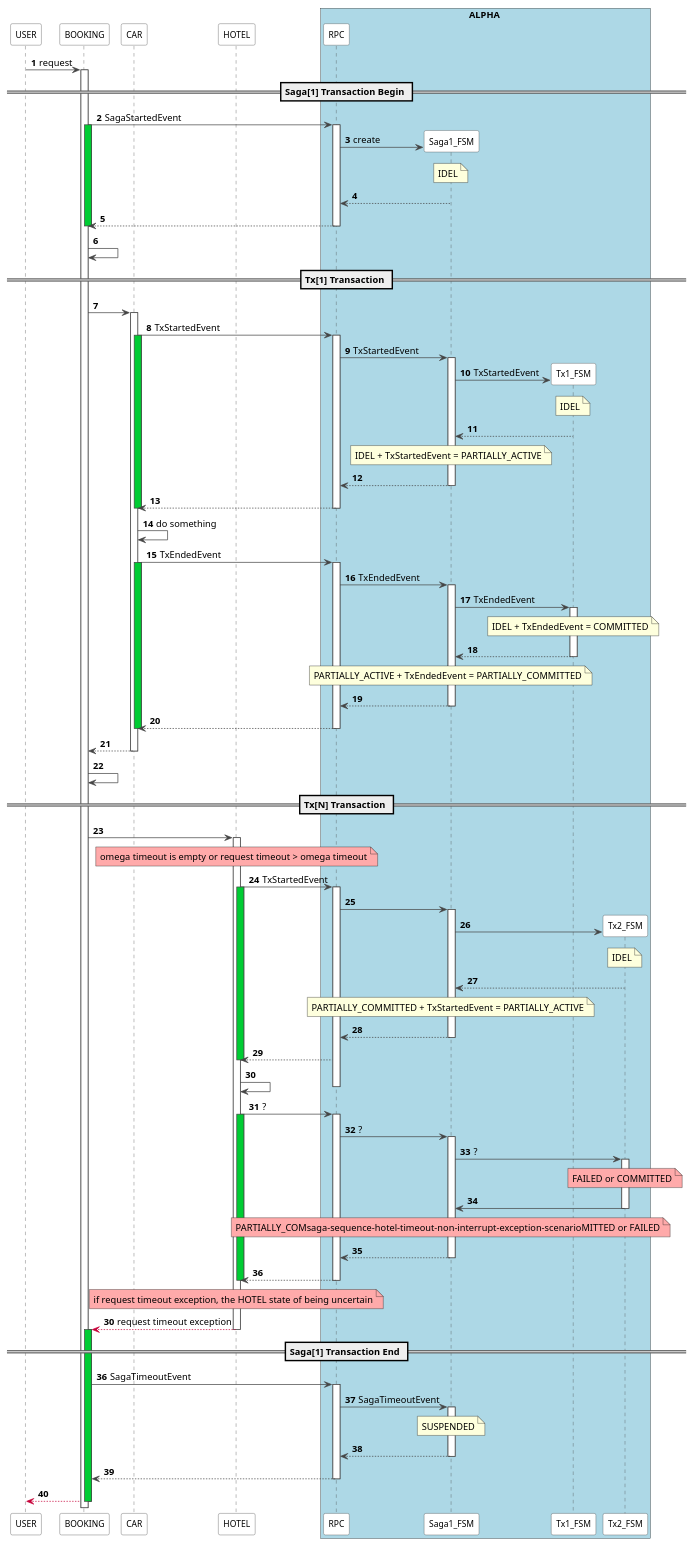
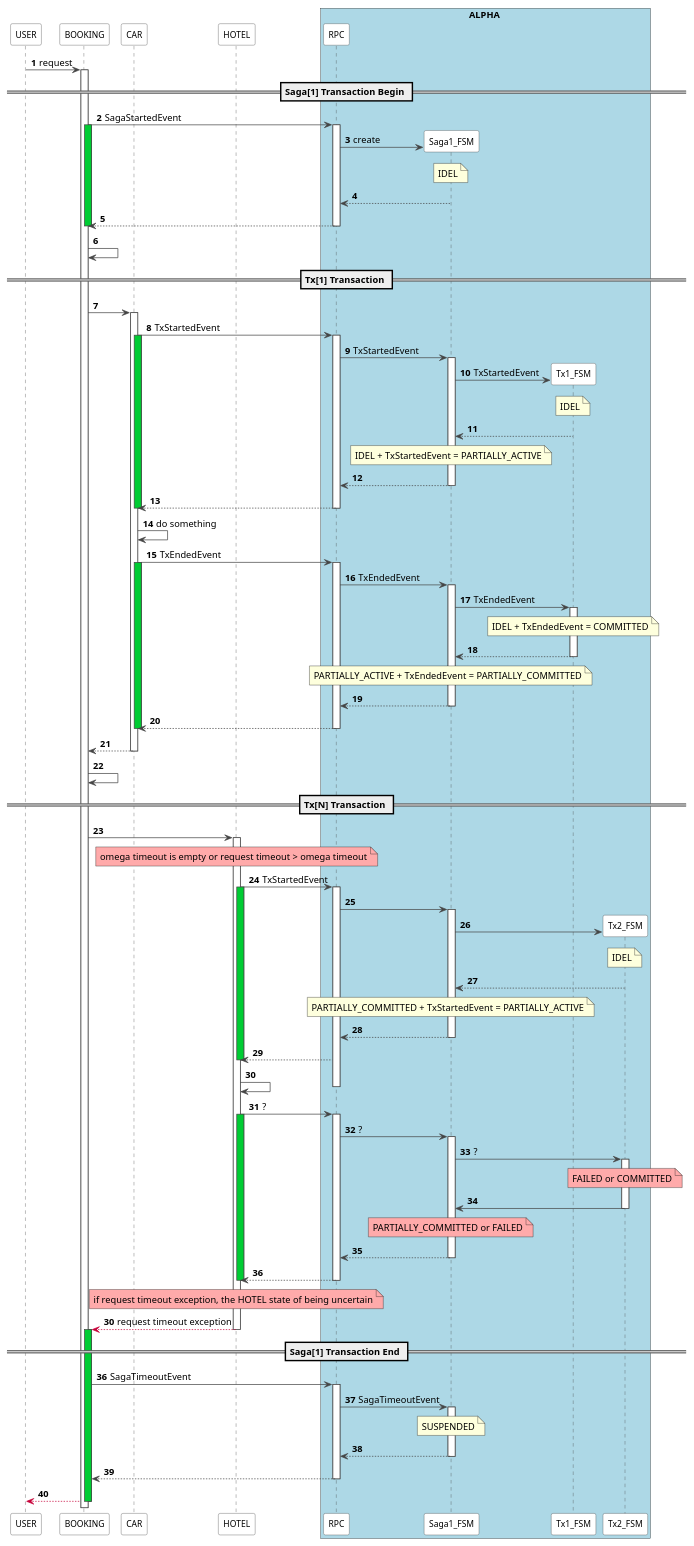
The diagram in state_machine_demo/saga-akkafsm/plantuml/3.saga-sequence-hotel-timeout-non-interrupt-exception-scenario.puml (coolbeevip/playground), drawn with PlantUML before and after one commit.

Commit message:
增加场景时序图

```diff
--- a/state_machine_demo/saga-akkafsm/plantuml/3.saga-sequence-hotel-timeout-non-interrupt-exception-scenario.puml
+++ b/state_machine_demo/saga-akkafsm/plantuml/3.saga-sequence-hotel-timeout-non-interrupt-exception-scenario.puml
@@ -1,145 +1,145 @@
 @startuml
 
 autonumber
 skinparam sequence {
   ParticipantFontSize 12
   ParticipantBorderColor #454545
   ParticipantBackgroundColor White
 
   LifeLineBorderColor #454545
   ArrowColor #454545
 }
 
 participant USER order 1
 participant BOOKING order 2
 participant CAR order 3
 participant HOTEL order 4
 participant RPC order 5
 participant Saga1_FSM order 6
 participant Tx1_FSM order 7
 participant Tx2_FSM order 7
 
 box ALPHA #LightBlue
 	participant RPC
 	participant Saga1_FSM
 	participant Tx1_FSM
 	participant Tx2_FSM
 end box
 
 USER -> BOOKING: request
 activate BOOKING
 
 == Saga[1] Transaction Begin ==
 
 BOOKING -> RPC : SagaStartedEvent
 activate BOOKING #00CC33
 activate RPC
 create Saga1_FSM
 RPC -> Saga1_FSM: create
 note over of Saga1_FSM: IDEL
 Saga1_FSM --> RPC
 RPC --> BOOKING
 deactivate BOOKING
 deactivate RPC
 BOOKING -> BOOKING
 
 == Tx[1] Transaction ==
 
 BOOKING -> CAR
 activate CAR
 CAR -> RPC : TxStartedEvent
 activate CAR #00CC33
 activate RPC
 RPC -> Saga1_FSM: TxStartedEvent
 activate Saga1_FSM
 create Tx1_FSM
 Saga1_FSM -> Tx1_FSM: TxStartedEvent
 note over of Tx1_FSM: IDEL
 Tx1_FSM --> Saga1_FSM
 note over of Saga1_FSM: IDEL + TxStartedEvent = PARTIALLY_ACTIVE
 Saga1_FSM --> RPC
 deactivate Saga1_FSM
 RPC --> CAR
 deactivate CAR
 deactivate RPC
 CAR -> CAR: do something
 CAR -> RPC : TxEndedEvent
 activate CAR #00CC33
 activate RPC
 RPC -> Saga1_FSM: TxEndedEvent
 activate Saga1_FSM
 Saga1_FSM -> Tx1_FSM: TxEndedEvent
 activate Tx1_FSM
 note over of Tx1_FSM: IDEL + TxEndedEvent = COMMITTED
 Tx1_FSM --> Saga1_FSM
 deactivate Tx1_FSM
 note over of Saga1_FSM: PARTIALLY_ACTIVE + TxEndedEvent = PARTIALLY_COMMITTED
 Saga1_FSM --> RPC
 deactivate Saga1_FSM
 RPC --> CAR
 deactivate CAR
 deactivate RPC
 CAR --> BOOKING
 deactivate CAR
 BOOKING -> BOOKING
 
 == Tx[N] Transaction ==
 
 BOOKING -> HOTEL
 activate HOTEL
 note over HOTEL #FFAAAA: omega timeout is empty or request timeout > omega timeout
 HOTEL -> RPC : TxStartedEvent
 activate HOTEL #00CC33
 activate RPC
 RPC -> Saga1_FSM
 activate Saga1_FSM
 create Tx2_FSM
 Saga1_FSM -> Tx2_FSM
 note over Tx2_FSM: IDEL
 Tx2_FSM --> Saga1_FSM
 note over of Saga1_FSM: PARTIALLY_COMMITTED + TxStartedEvent = PARTIALLY_ACTIVE
 Saga1_FSM --> RPC
 deactivate Saga1_FSM
 RPC --> HOTEL
 deactivate HOTEL
 HOTEL -> HOTEL
 deactivate RPC
 HOTEL -> RPC : ?
 activate HOTEL #00CC33
 activate RPC
 RPC -> Saga1_FSM: ?
 activate Saga1_FSM
 Saga1_FSM -> Tx2_FSM: ?
 activate Tx2_FSM
 note over Tx2_FSM #FFAAAA: FAILED or COMMITTED
 Tx2_FSM -> Saga1_FSM
 deactivate Tx2_FSM
-note over Saga1_FSM #FFAAAA: PARTIALLY_COMsaga-sequence-hotel-timeout-non-interrupt-exception-scenarioMITTED or FAILED
+note over Saga1_FSM #FFAAAA: PARTIALLY_COMMITTED or FAILED
 Saga1_FSM --> RPC
 deactivate Saga1_FSM
 RPC --> HOTEL
 deactivate RPC
 deactivate HOTEL
 note over HOTEL #FFAAAA : if request timeout exception, the HOTEL state of being uncertain
 autonumber 30
 HOTEL --[#C70039]> BOOKING : request timeout exception
 deactivate HOTEL
 
 
 == Saga[1] Transaction End ==
 
 activate BOOKING #00CC33
 autonumber 36
 BOOKING -> RPC : SagaTimeoutEvent
 activate RPC
 RPC -> Saga1_FSM : SagaTimeoutEvent
 activate Saga1_FSM
 note over of Saga1_FSM: SUSPENDED
 Saga1_FSM --> RPC
 deactivate Saga1_FSM
 RPC --> BOOKING
 deactivate RPC
 BOOKING --[#C70039]> USER
 deactivate BOOKING
 
 @enduml
```
